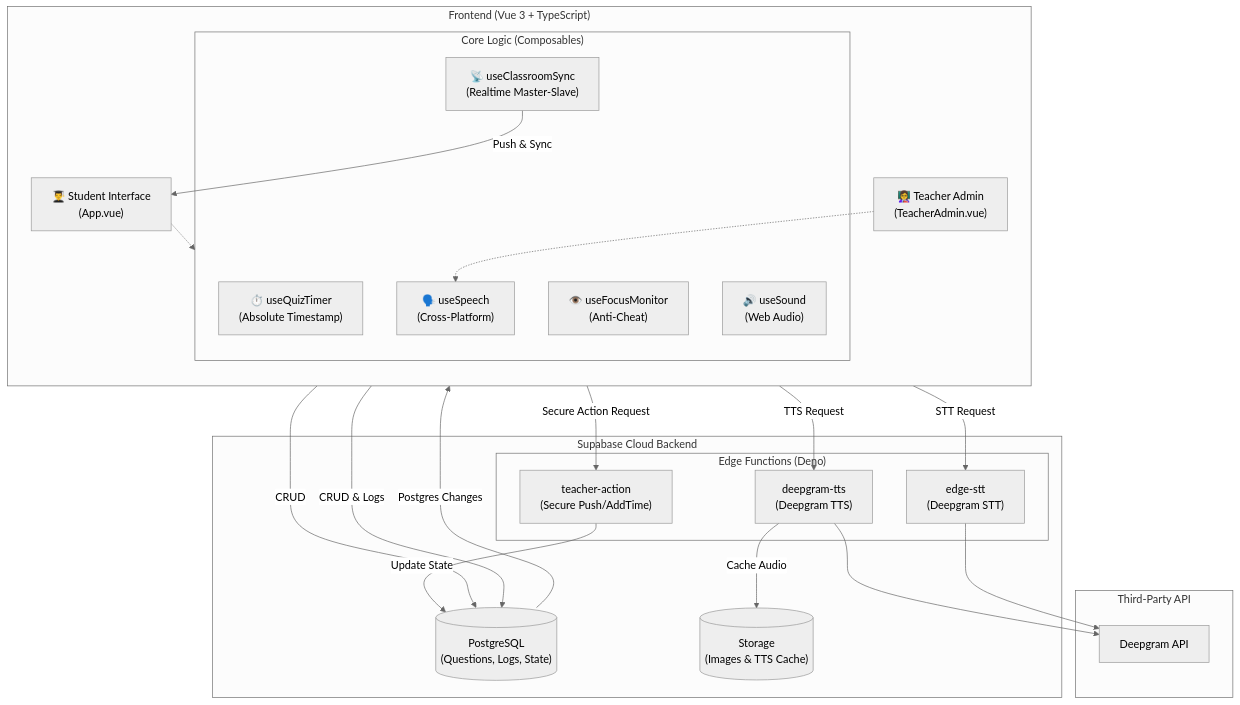
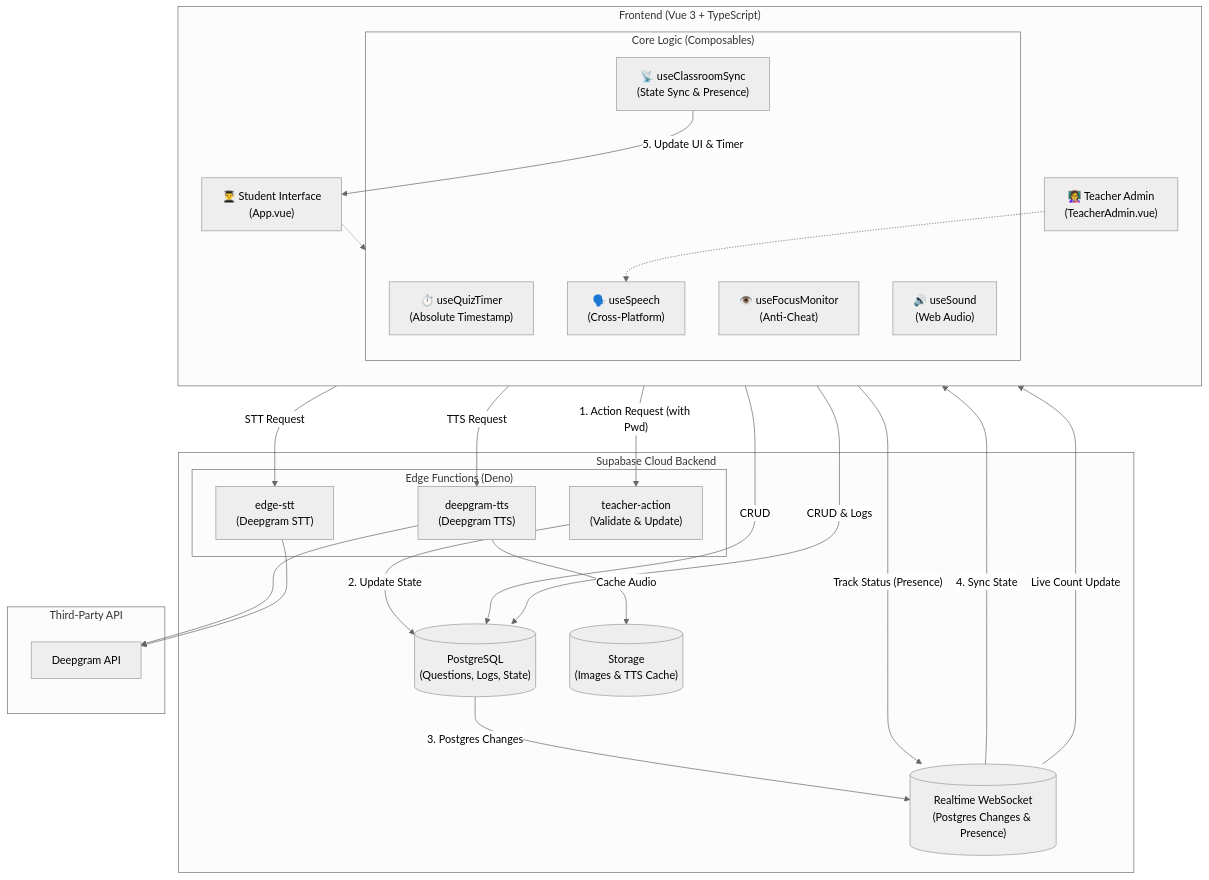
The second of 3 diagrams in README.md (ylin3-learner/anime-character-hunter-lite), drawn with Mermaid (neutral theme) before and after one commit. The commit also changed other lines of this file and 1 other file, not shown here.

First line of the commit message:
docs(readme): document presence tracking and class mode lock features

````diff
--- a/README.md
+++ b/README.md
@@ -62,51 +72,57 @@
 ```mermaid
 graph TD
     subgraph Client ["Frontend (Vue 3 + TypeScript)"]
         direction TB
         AdminUI["👩‍🏫 Teacher Admin<br>(TeacherAdmin.vue)"]
         StudentUI["👨‍🎓 Student Interface<br>(App.vue)"]
         
         subgraph Composables ["Core Logic (Composables)"]
             Timer["⏱️ useQuizTimer<br>(Absolute Timestamp)"]
             Focus["👁️ useFocusMonitor<br>(Anti-Cheat)"]
             Sound["🔊 useSound<br>(Web Audio)"]
             Speech["🗣️ useSpeech<br>(Cross-Platform)"]
-            Sync["📡 useClassroomSync<br>(Realtime Master-Slave)"]
+            Sync["📡 useClassroomSync<br>(State Sync & Presence)"]
         end
     end
 
     subgraph Supabase ["Supabase Cloud Backend"]
         DB[("PostgreSQL<br>(Questions, Logs, State)")]
+        Realtime[("Realtime WebSocket<br>(Postgres Changes & Presence)")]
         Storage[("Storage<br>(Images & TTS Cache)")]
         
         subgraph EdgeFunctions ["Edge Functions (Deno)"]
-            Action_Proxy["teacher-action<br>(Secure Push/AddTime)"]
+            Action_Proxy["teacher-action<br>(Validate & Update)"]
             TTS_Proxy["deepgram-tts<br>(Deepgram TTS)"]
             STT_Proxy["edge-stt<br>(Deepgram STT)"]
         end
     end
 
     subgraph ThirdParty ["Third-Party API"]
         Deepgram["Deepgram API"]
     end
 
     %% Data Flow
-    AdminUI -- "Secure Action Request" --> Action_Proxy
-    Action_Proxy -- "Update State" --> DB
-    DB -- "Postgres Changes" --> Sync
-    Sync -- "Push & Sync" --> StudentUI
+    AdminUI -- "1. Action Request (with Pwd)" --> Action_Proxy
+    Action_Proxy -- "2. Update State" --> DB
+    DB -- "3. Postgres Changes" --> Realtime
+    Realtime -- "4. Sync State" --> Sync
+    Sync -- "5. Update UI & Timer" --> StudentUI
+    
+    %% Presence Flow
+    StudentUI -- "Track Status (Presence)" --> Realtime
+    Realtime -- "Live Count Update" --> AdminUI
     
     AdminUI -- "CRUD" --> DB
     StudentUI -- "CRUD & Logs" --> DB
     
     StudentUI -- "TTS Request" --> TTS_Proxy
     TTS_Proxy --> Deepgram
     TTS_Proxy -- "Cache Audio" --> Storage
     
     StudentUI -- "STT Request" --> STT_Proxy
     STT_Proxy --> Deepgram
 
     %% Logic Dependencies
     StudentUI -.-> Composables
     AdminUI -.-> Speech
 ```
````
